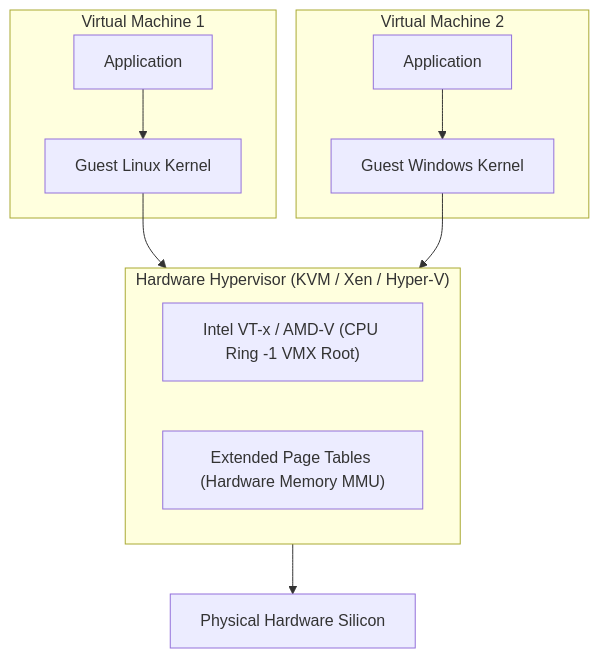
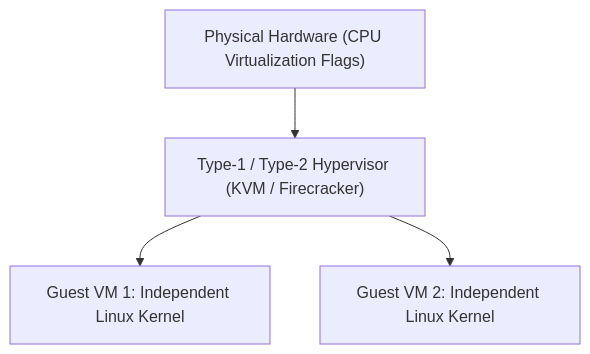
The fourth of 4 diagrams in _posts/2026-11-17-browser-sandbox-vs-container-vs-virtual-machine.md (naimurhasan/naimurhasan.github.io), drawn with Mermaid before and after one commit. The commit also changed other lines of this file and 23 other files, not shown here.

````diff
--- a/_posts/2026-11-17-browser-sandbox-vs-container-vs-virtual-machine.md
+++ b/_posts/2026-11-17-browser-sandbox-vs-container-vs-virtual-machine.md
@@ -198,19 +94,6 @@
 ```mermaid
 flowchart TD
-  subgraph VM1 ["Virtual Machine 1"]
-    App1["Application"] --> Kernel1["Guest Linux Kernel"]
-  end
-
-  subgraph VM2 ["Virtual Machine 2"]
-    App2["Application"] --> Kernel2["Guest Windows Kernel"]
-  end
-
-  subgraph Hypervisor ["Hardware Hypervisor (KVM / Xen / Hyper-V)"]
-    VT["Intel VT-x / AMD-V (CPU Ring -1 VMX Root)"]
-    EPT["Extended Page Tables (Hardware Memory MMU)"]
-  end
-
-  Kernel1 --> Hypervisor
-  Kernel2 --> Hypervisor
-  Hypervisor --> Silicon["Physical Hardware Silicon"]
+  Hardware["Physical Hardware (CPU Virtualization Flags)"] --> Hypervisor["Type-1 / Type-2 Hypervisor (KVM / Firecracker)"]
+  Hypervisor --> VM1["Guest VM 1: Independent Linux Kernel"]
+  Hypervisor --> VM2["Guest VM 2: Independent Linux Kernel"]
 ```
````
